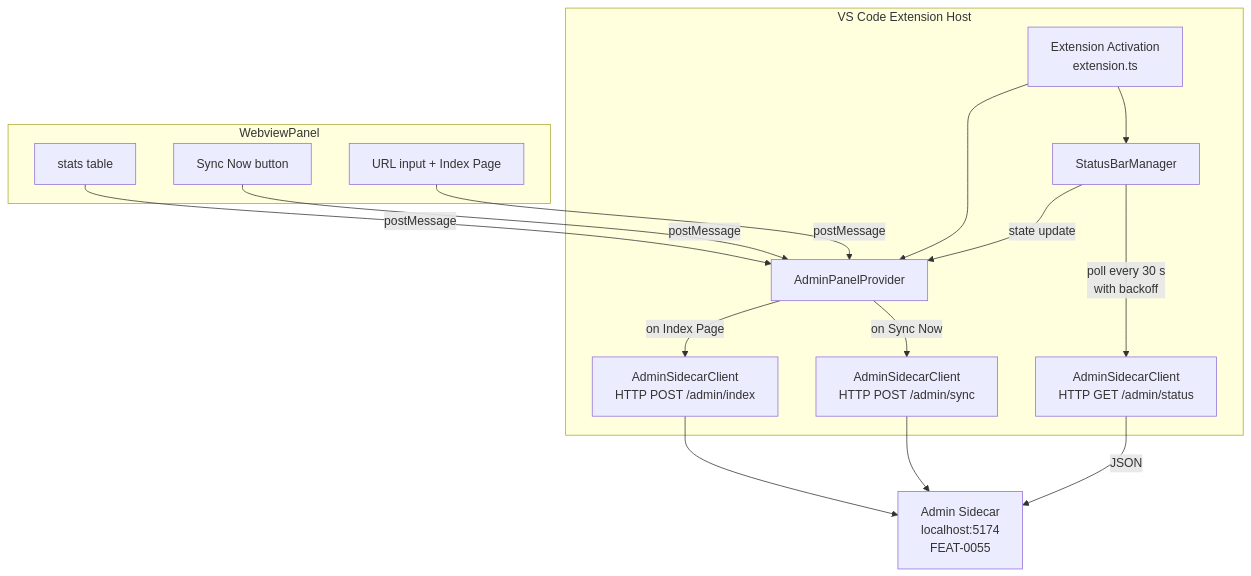
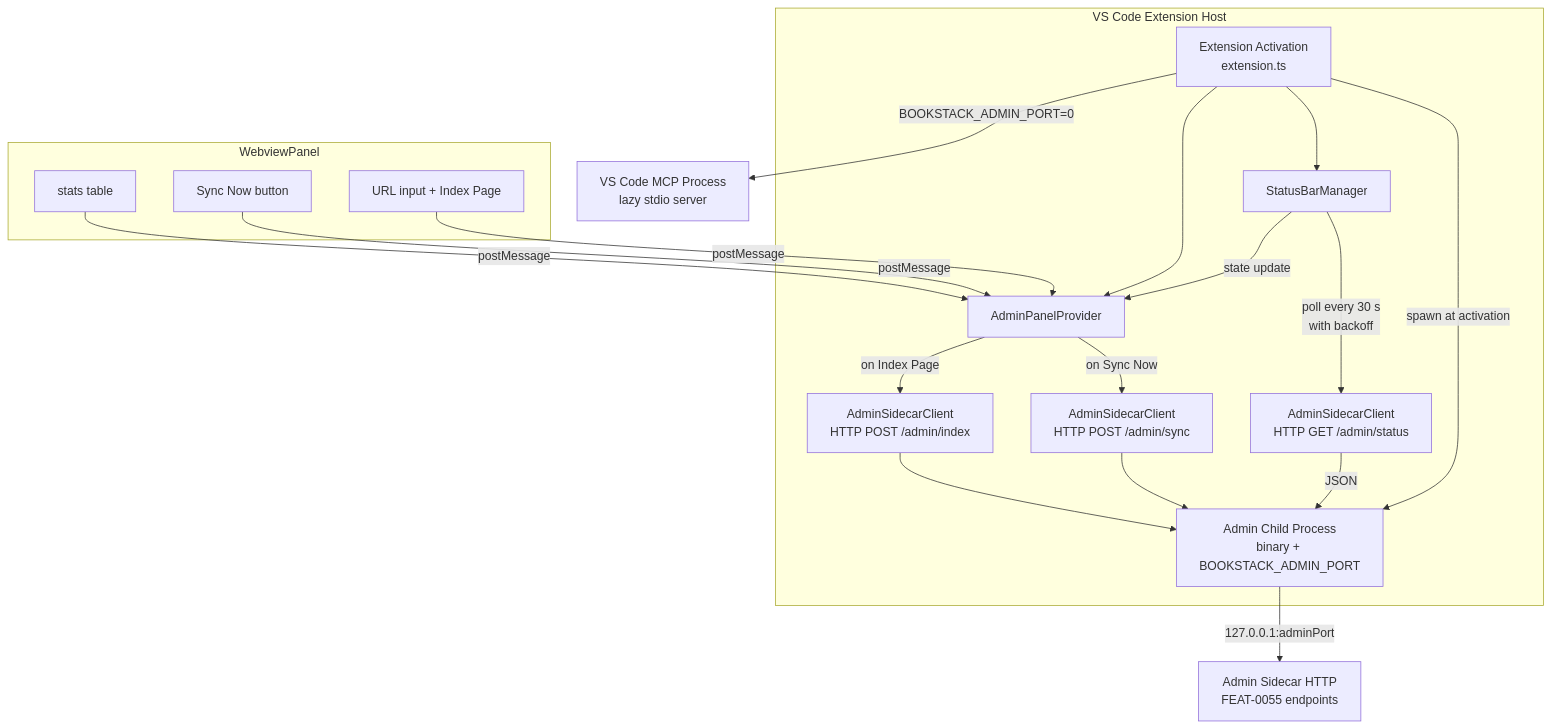
One commit to MarkZither/bookstack-mcp-server-dotnet changed the diagram in docs/features/local-admin-sidecar-vscode/spec.md. Above: the diagram before and after it, drawn with Mermaid. The commit also changed other lines of this file and 3 other files, not shown here.

First line of the commit message:
docs: update ADR-0019 and FEAT-0056 to reflect eager admin child process

````diff
--- a/docs/features/local-admin-sidecar-vscode/spec.md
+++ b/docs/features/local-admin-sidecar-vscode/spec.md
@@ -81,19 +81,23 @@
 ```mermaid
 graph TD
     subgraph VS Code Extension Host
-        A[Extension Activation<br/>extension.ts] --> B[StatusBarManager]
+        A[Extension Activation<br/>extension.ts] -->|spawn at activation| K[Admin Child Process<br/>binary + BOOKSTACK_ADMIN_PORT]
+        A --> B[StatusBarManager]
         A --> C[AdminPanelProvider]
         B -->|poll every 30 s<br/>with backoff| D[AdminSidecarClient<br/>HTTP GET /admin/status]
         C -->|on Sync Now| E[AdminSidecarClient<br/>HTTP POST /admin/sync]
         C -->|on Index Page| F[AdminSidecarClient<br/>HTTP POST /admin/index]
         B -->|state update| C
     end
     subgraph WebviewPanel
         G[stats table] -->|postMessage| C
         H[Sync Now button] -->|postMessage| C
         I[URL input + Index Page] -->|postMessage| C
     end
-    D -->|JSON| J[Admin Sidecar<br/>localhost:5174<br/>FEAT-0055]
-    E --> J
-    F --> J
+    A -->|BOOKSTACK_ADMIN_PORT=0| L[VS Code MCP Process<br/>lazy stdio server]
+    D -->|JSON| K
+    E --> K
+    F --> K
+    K -->|127.0.0.1:adminPort| J[Admin Sidecar HTTP
+FEAT-0055 endpoints]
 ```
````
